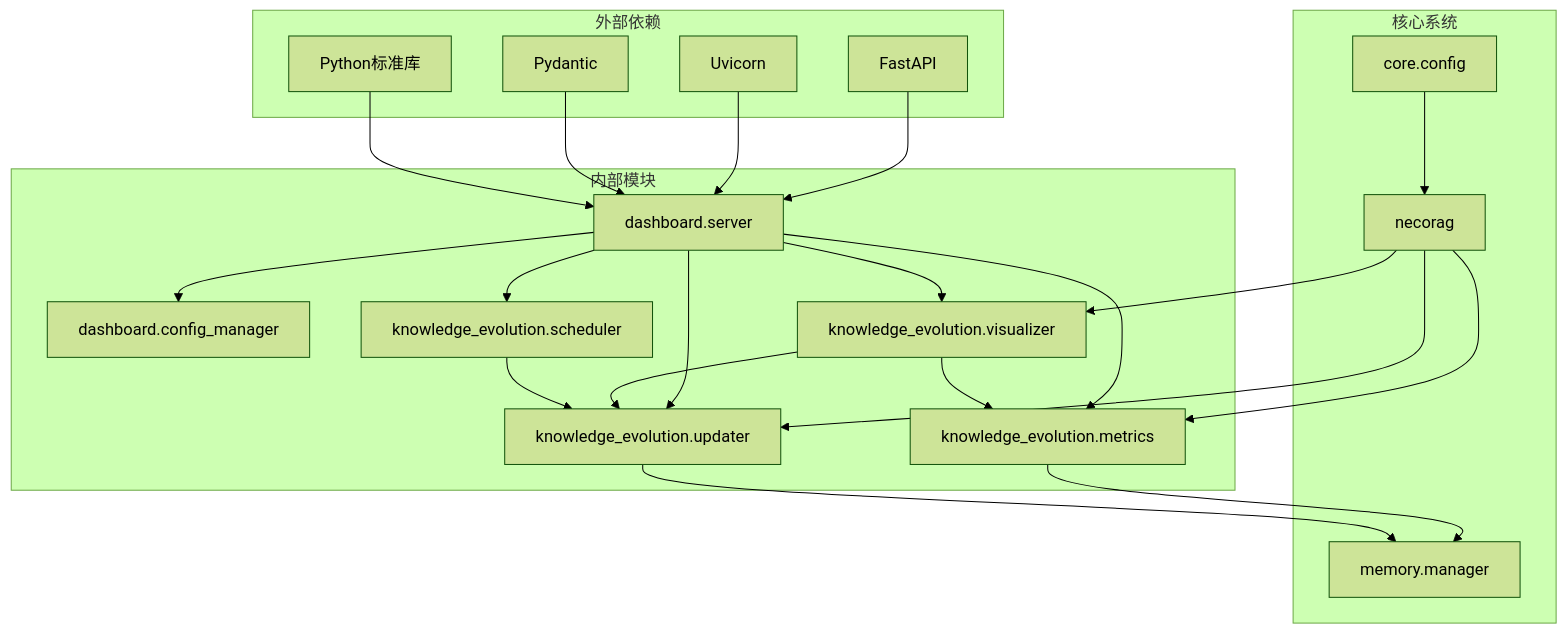
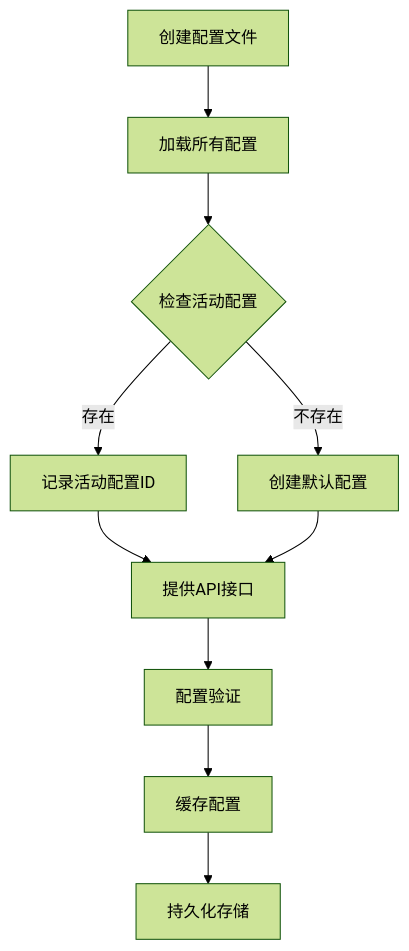
The fourth of 5 diagrams in .qoder/repowiki/zh/content/知识演化系统/可视化仪表板.md (JieGaoPrinceton/NecoRAG), drawn with Mermaid (forest theme) before and after one commit. The commit also changed other lines of this file and 181 other files, not shown here.

````diff
--- a/.qoder/repowiki/zh/content/知识演化系统/可视化仪表板.md
+++ b/.qoder/repowiki/zh/content/知识演化系统/可视化仪表板.md
@@ -307,40 +219,12 @@
 ```mermaid
-graph TB
-subgraph "外部依赖"
-A[FastAPI]
-B[Uvicorn]
-C[Pydantic]
-D[Python标准库]
-end
-subgraph "内部模块"
-E[dashboard.server]
-F[dashboard.config_manager]
-G[knowledge_evolution.visualizer]
-H[knowledge_evolution.metrics]
-I[knowledge_evolution.updater]
-J[knowledge_evolution.scheduler]
-end
-subgraph "核心系统"
-K[necorag]
-L[core.config]
-M[memory.manager]
-end
-A --> E
-B --> E
-C --> E
-D --> E
+flowchart TD
+A[创建配置文件] --> B[加载所有配置]
+B --> C{检查活动配置}
+C --> |存在| D[记录活动配置ID]
+C --> |不存在| E[创建默认配置]
+D --> F[提供API接口]
 E --> F
-E --> G
-E --> H
-E --> I
-E --> J
-G --> H
-G --> I
-H --> M
-I --> M
-J --> I
-K --> G
-K --> H
-K --> I
-L --> K
+F --> G[配置验证]
+G --> H[缓存配置]
+H --> I[持久化存储]
 ```
````
